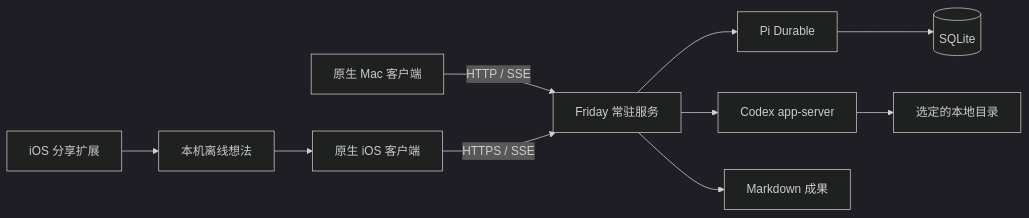
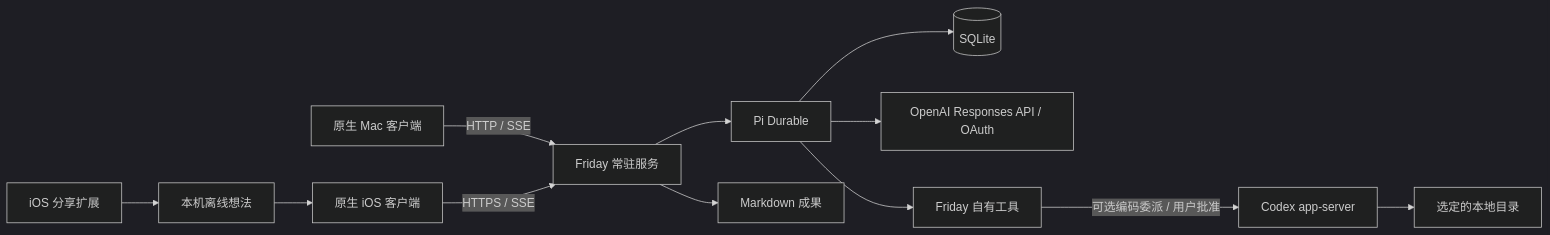
One commit to linc77/friday changed the diagram in docs/architecture.md. Above: the diagram before and after it, drawn with Mermaid (dark theme). The commit also changed other lines of this file and 16 other files, not shown here.

Commit message:
Give Friday its own durable agent runtime with OpenAI OAuth

````diff
--- a/docs/architecture.md
+++ b/docs/architecture.md
@@ -3,12 +3,14 @@
 ```mermaid
 flowchart LR
     Mac[原生 Mac 客户端] -->|HTTP / SSE| Service[Friday 常驻服务]
     iPhone[原生 iOS 客户端] -->|HTTPS / SSE| Service
     Share[iOS 分享扩展] --> Outbox[本机离线想法]
     Outbox --> iPhone
     Service --> Durable[Pi Durable]
     Durable --> DB[(SQLite)]
-    Service --> Codex[Codex app-server]
+    Durable --> Model[OpenAI Responses API / OAuth]
+    Durable --> Tools[Friday 自有工具]
+    Tools -->|可选编码委派 / 用户批准| Codex[Codex app-server]
     Codex --> Workspace[选定的本地目录]
     Service --> Artifacts[Markdown 成果]
 ```
````
